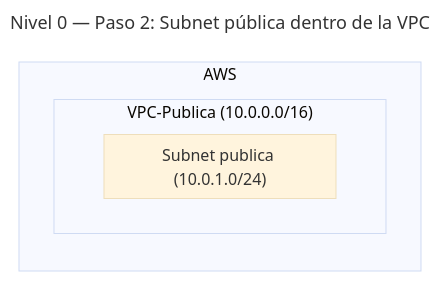
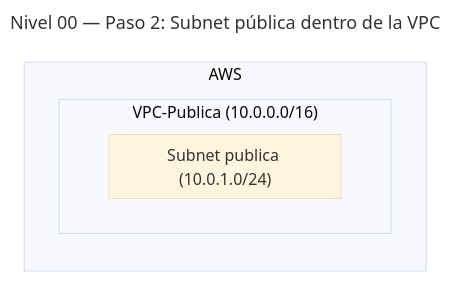
One commit to Marcos-SA-git/AWS-Certifications changed the third of 8 diagrams in SAA-C03/es/Prácticas/Fácil/Nivel-00.md. Above: the diagram before and after it, drawn with Mermaid (base theme). The commit also changed other lines of this file, not shown here.

````diff
--- a/SAA-C03/es/Prácticas/Fácil/Nivel-00.md
+++ b/SAA-C03/es/Prácticas/Fácil/Nivel-00.md
@@ -88,12 +88,12 @@
 ```mermaid
 ---
-title: "Nivel 0 — Paso 2: Subnet pública dentro de la VPC"
+title: "Nivel 00 — Paso 2: Subnet pública dentro de la VPC"
 ---
 graph BT
 subgraph AWS[AWS]
   subgraph VPC["VPC-Publica (10.0.0.0/16)"]
     subgraph SUB["Subnet publica (10.0.1.0/24)"]
     end
   end
 end
 ```
````
